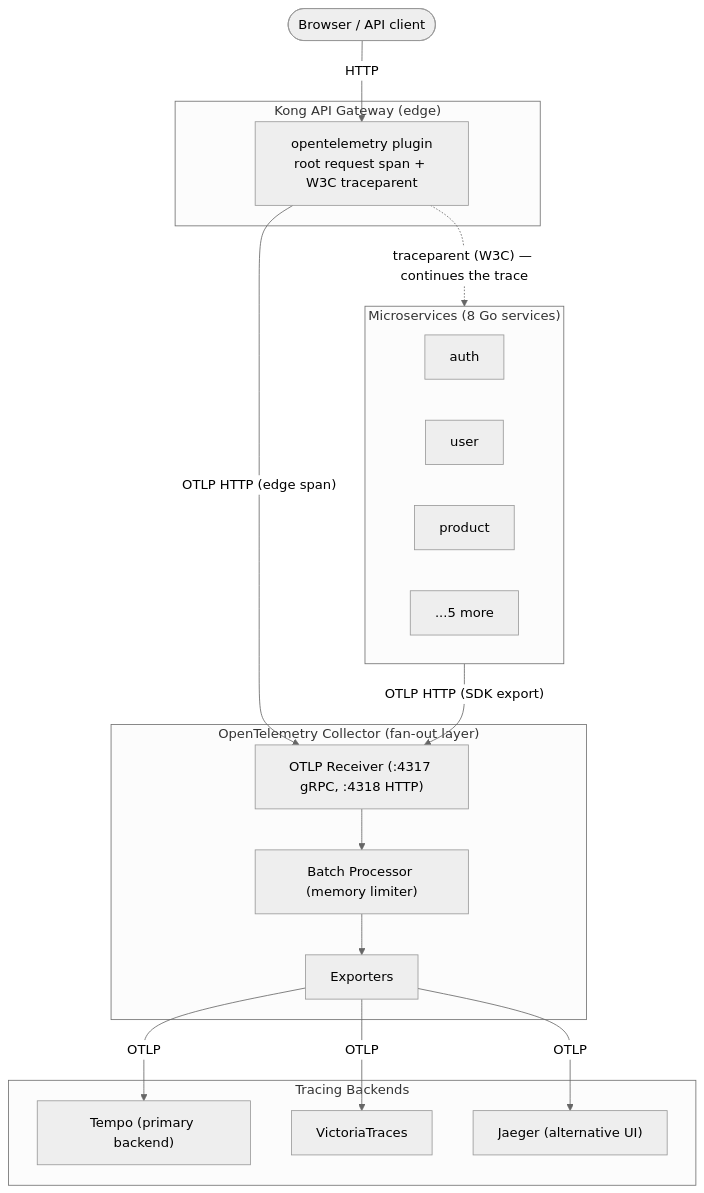
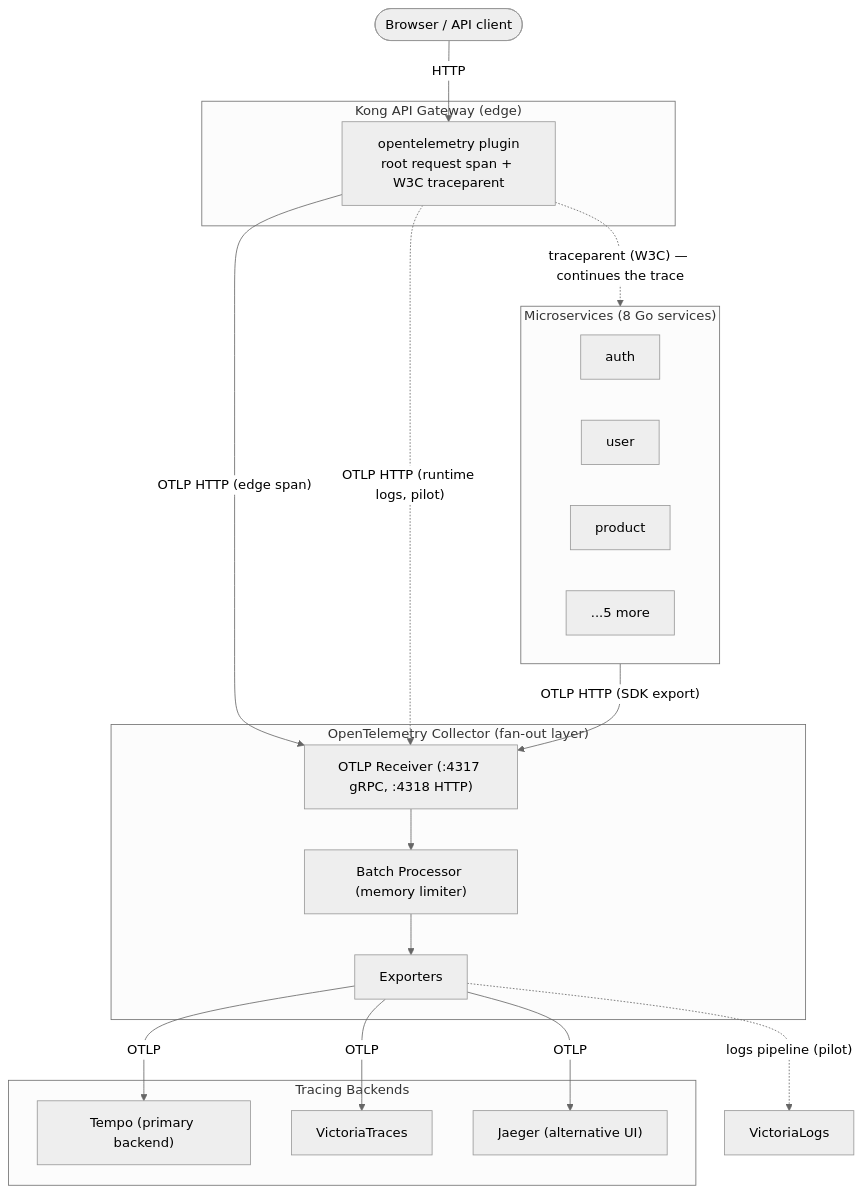
Before and after one commit to duynhlab/homelab: the first of 2 diagrams in docs/observability/tracing/architecture.md, drawn with Mermaid (neutral theme). The commit also changed other lines of this file and 10 other files, not shown here.

````diff
--- a/docs/observability/tracing/architecture.md
+++ b/docs/observability/tracing/architecture.md
@@ -11,37 +11,39 @@
 ```mermaid
 flowchart TB
     Client([Browser / API client])
 
     subgraph Edge["Kong API Gateway (edge)"]
         Kong["opentelemetry plugin<br/>root request span + W3C traceparent"]
     end
 
     subgraph Apps["Microservices (8 Go services)"]
         Auth[auth]
         User[user]
         Product[product]
         Others[...5 more]
     end
 
     subgraph OTelCollector["OpenTelemetry Collector (fan-out layer)"]
         Receiver["OTLP Receiver (:4317 gRPC, :4318 HTTP)"]
         Processor["Batch Processor (memory limiter)"]
         Exporter[Exporters]
     end
 
     subgraph Backends["Tracing Backends"]
         Tempo["Tempo (primary backend)"]
         VT["VictoriaTraces"]
         Jaeger["Jaeger (alternative UI)"]
     end
 
     Client -->|HTTP| Kong
     Kong -.->|"traceparent (W3C) — continues the trace"| Apps
     Kong -->|"OTLP HTTP (edge span)"| Receiver
     Apps -->|"OTLP HTTP (SDK export)"| Receiver
     Receiver --> Processor
     Processor --> Exporter
     Exporter -->|OTLP| Tempo
     Exporter -->|OTLP| VT
     Exporter -->|OTLP| Jaeger
+    Kong -.->|"OTLP HTTP (runtime logs, pilot)"| Receiver
+    Exporter -.->|"logs pipeline (pilot)"| VLogs["VictoriaLogs"]
 ```
````
